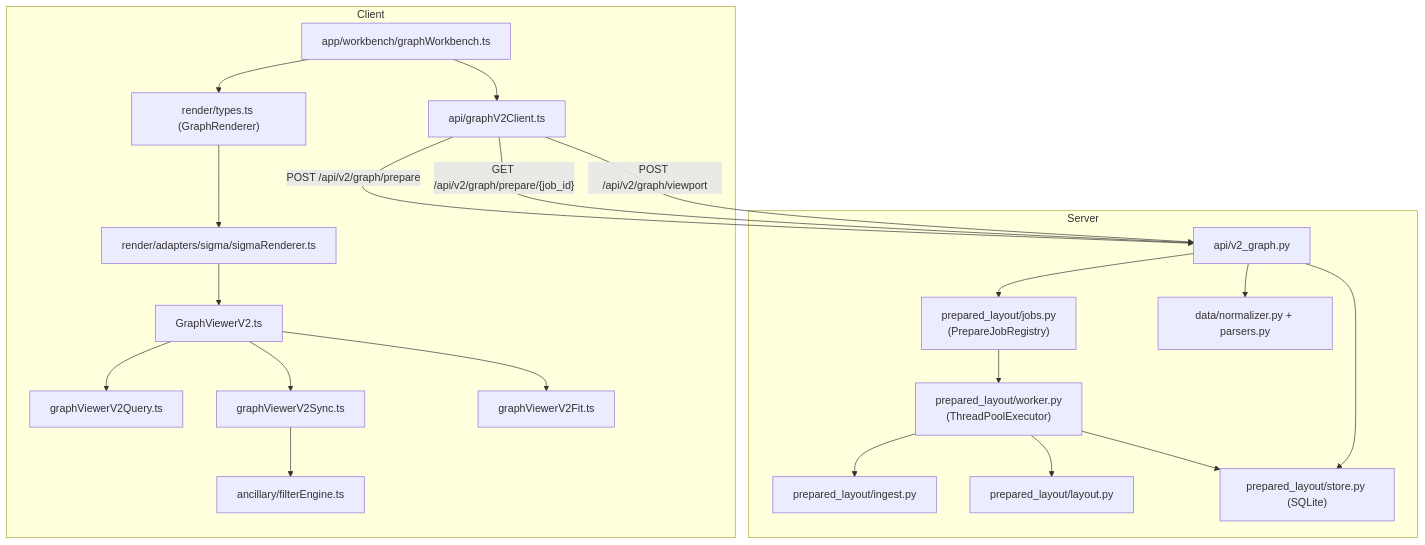
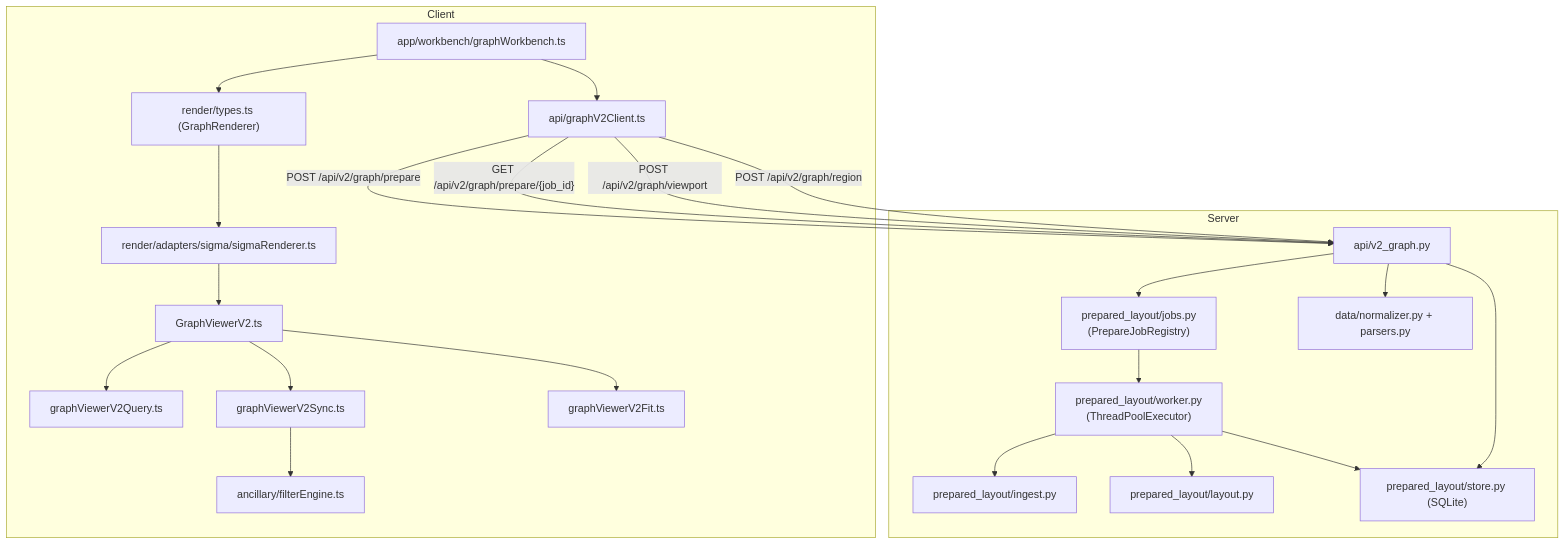
One commit to phyloviz/phylo-lens changed the first of 2 diagrams in docs/ARCHITECTURE_SPEC.md. Above: the diagram before and after it, drawn with Mermaid. The commit also changed other lines of this file and 3 other files, not shown here.

First line of the commit message:
docs: sync architecture docs with region-select and color-unification

````diff
--- a/docs/ARCHITECTURE_SPEC.md
+++ b/docs/ARCHITECTURE_SPEC.md
@@ -155,45 +177,46 @@
 ```mermaid
 flowchart TD
   subgraph Client
     WB["app/workbench/graphWorkbench.ts"]
     APIC["api/graphV2Client.ts"]
     RPORT["render/types.ts (GraphRenderer)"]
     SR["render/adapters/sigma/sigmaRenderer.ts"]
     GV2["GraphViewerV2.ts"]
     QRY["graphViewerV2Query.ts"]
     SYNC["graphViewerV2Sync.ts"]
     FIT["graphViewerV2Fit.ts"]
     FILT["ancillary/filterEngine.ts"]
 
     WB --> APIC
     WB --> RPORT
     RPORT --> SR
     SR --> GV2
     GV2 --> QRY
     GV2 --> SYNC
     GV2 --> FIT
     SYNC --> FILT
   end
 
   subgraph Server
     V2["api/v2_graph.py"]
     WORK["prepared_layout/worker.py<br/>(ThreadPoolExecutor)"]
     JOBS["prepared_layout/jobs.py<br/>(PrepareJobRegistry)"]
     ING["prepared_layout/ingest.py"]
     LAY["prepared_layout/layout.py"]
     STORE["prepared_layout/store.py (SQLite)"]
     DATA["data/normalizer.py + parsers.py"]
 
     V2 --> DATA
     V2 --> JOBS
     JOBS --> WORK
     WORK --> ING
     WORK --> LAY
     WORK --> STORE
     V2 --> STORE
   end
 
   APIC -->|"POST /api/v2/graph/prepare"| V2
   APIC -->|"GET /api/v2/graph/prepare/{job_id}"| V2
   APIC -->|"POST /api/v2/graph/viewport"| V2
+  APIC -->|"POST /api/v2/graph/region"| V2
 ```
````
